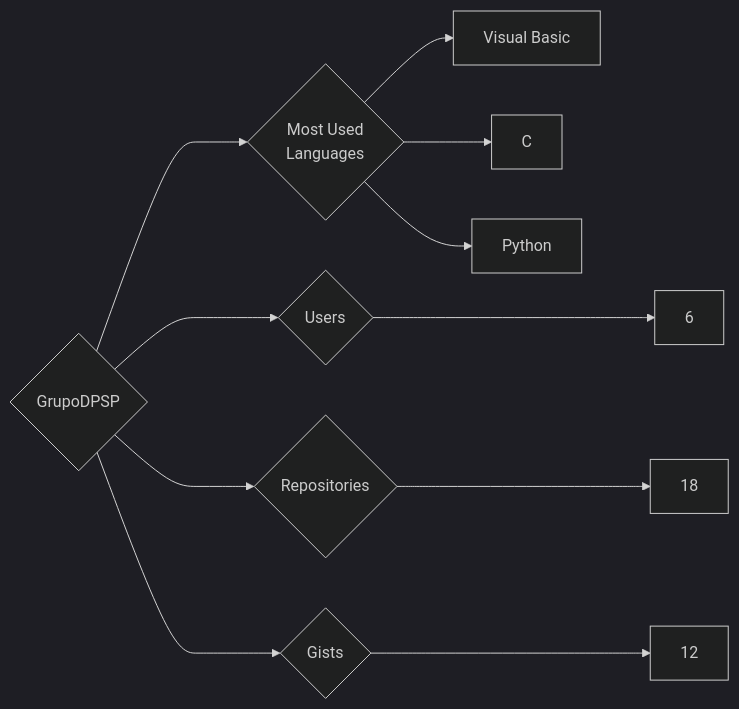
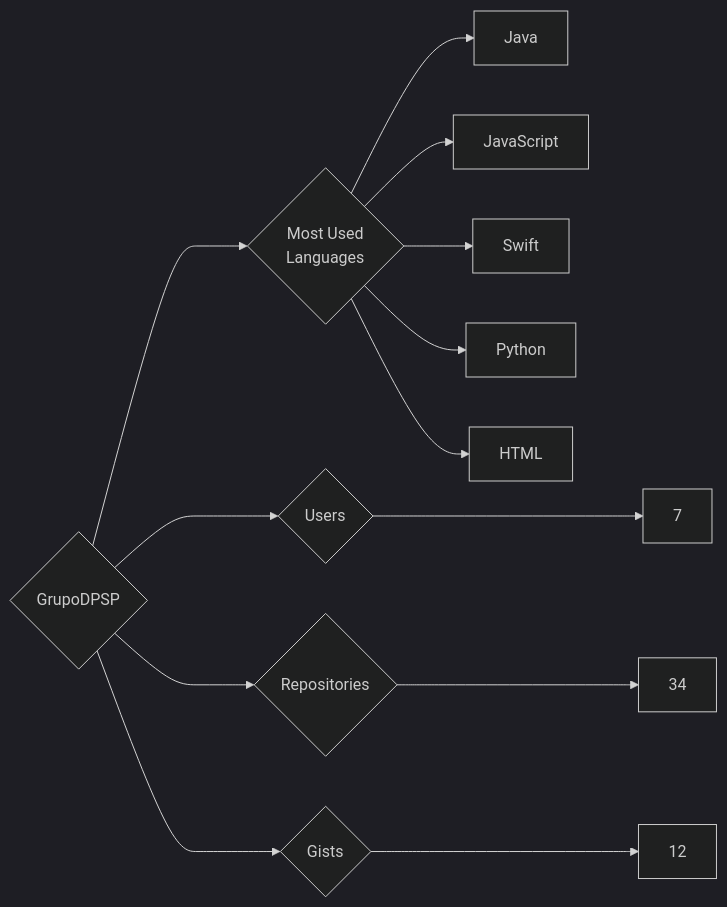
The diagram in targets/GrupoDPSP/README.md (trickest/insiders), drawn with Mermaid (dark theme) before and after one commit. The commit also changed 1023 other files, not shown here.

````diff
--- a/targets/GrupoDPSP/README.md
+++ b/targets/GrupoDPSP/README.md
@@ -3,11 +3,13 @@
 ```mermaid
 graph LR
 COMPANY_NAME{GrupoDPSP}
-COMPANY_NAME ---> U{Users} ---> UN[6]
-COMPANY_NAME ---> R{Repositories} ---> RN[18]
+COMPANY_NAME ---> U{Users} ---> UN[7]
+COMPANY_NAME ---> R{Repositories} ---> RN[34]
 COMPANY_NAME ---> G{Gists} ---> GN[12]
 COMPANY_NAME ---> ML{Most Used<br>Languages}
-ML --> Visual_Basic[Visual Basic]
-ML --> C[C]
+ML --> Java[Java]
+ML --> JavaScript[JavaScript]
+ML --> Swift[Swift]
 ML --> Python[Python]
+ML --> HTML[HTML]
 ```
````
